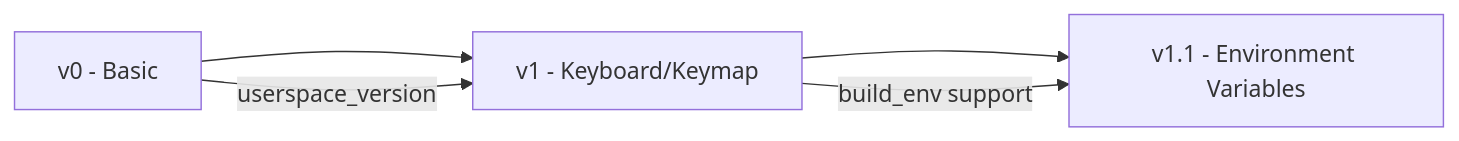
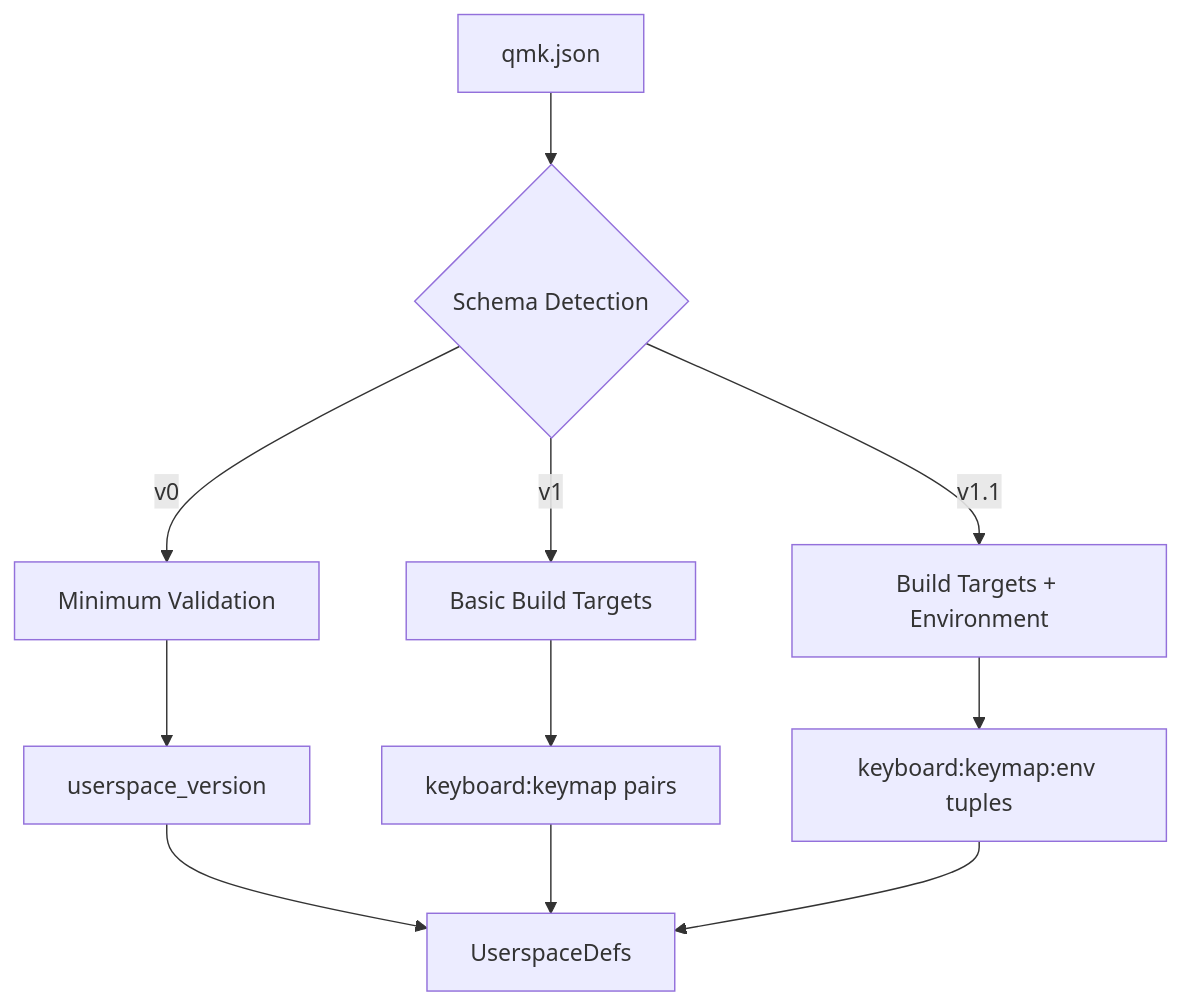
Before and after one commit to FSoft-AI4Code/codewiki-demo: the fourth of 8 diagrams in docs/qmk--qmk_firmware-docs/userspace.md, drawn with Mermaid. The commit also changed other lines of this file and 1103 other files, not shown here.

````diff
--- a/docs/qmk--qmk_firmware-docs/userspace.md
+++ b/docs/qmk--qmk_firmware-docs/userspace.md
@@ -80,8 +86,15 @@
 ```mermaid
-graph LR
-    V0[v0 - Basic] --> V1[v1 - Keyboard/Keymap]
-    V1 --> V11[v1.1 - Environment Variables]
+graph TD
+    A[qmk.json] --> B{Schema Detection}
+    B -->|v0| C[Minimum Validation]
+    B -->|v1| D[Basic Build Targets]
+    B -->|v1.1| E[Build Targets + Environment]
     
-    V0 -->|userspace_version| V1
-    V1 -->|build_env support| V11
+    C --> F[userspace_version]
+    D --> G[keyboard:keymap pairs]
+    E --> H[keyboard:keymap:env tuples]
+    
+    F --> I[UserspaceDefs]
+    G --> I
+    H --> I
 ```
````
